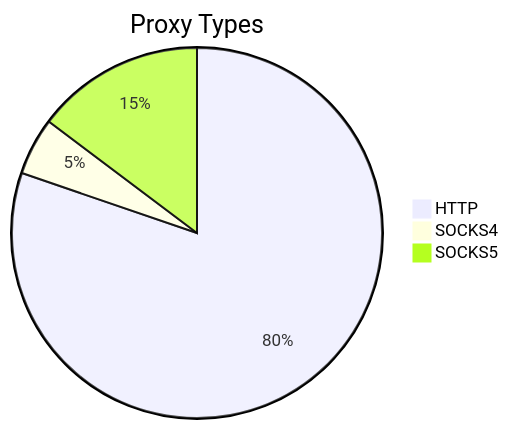
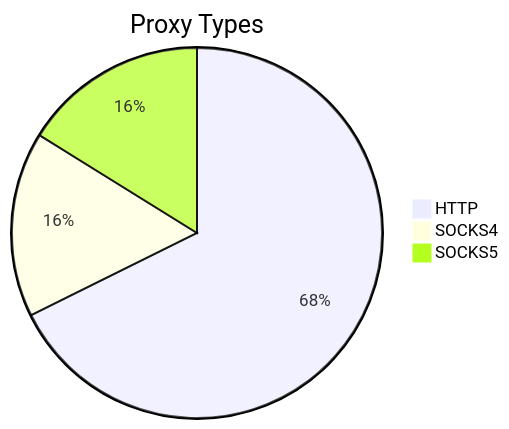
The first of 2 diagrams in README.md (stormsia/proxy-list), drawn with Mermaid before and after one commit. The commit also changed other lines of this file, not shown here.

````diff
--- a/README.md
+++ b/README.md
@@ -21,6 +21,6 @@
 ```mermaid
 pie title Proxy Types
-    "HTTP" : 256
-    "SOCKS4" : 16
-    "SOCKS5" : 47
+    "HTTP" : 310
+    "SOCKS4" : 74
+    "SOCKS5" : 74
 ```
````
